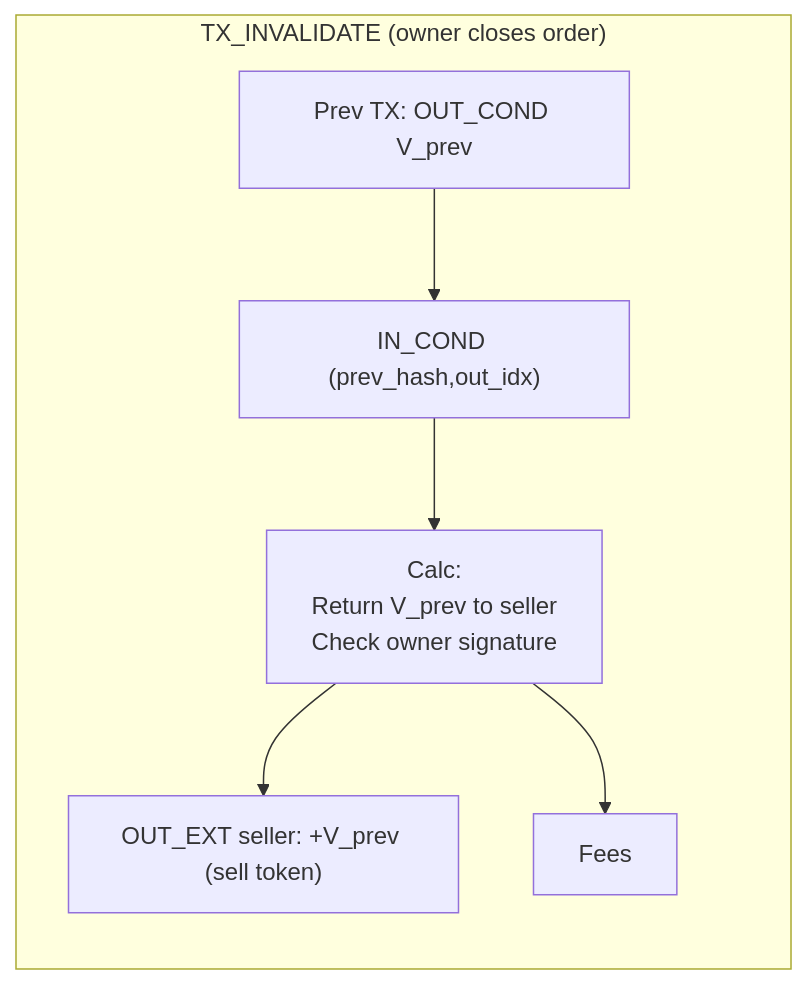
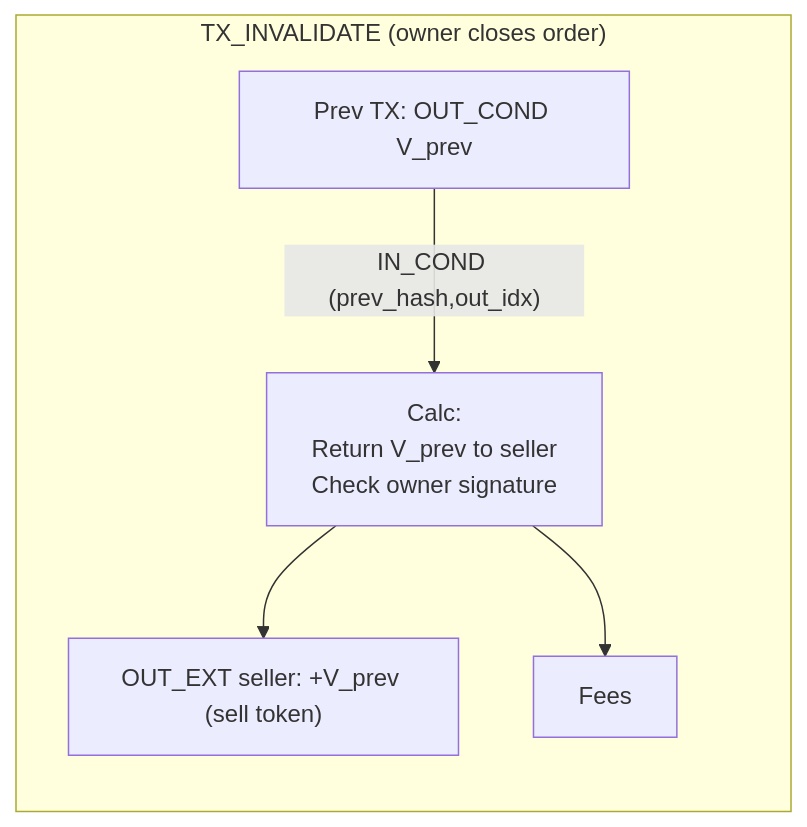
Before and after one commit to demlabs-cellframe/cellframe-sdk: the eighth of 8 diagrams in modules/service/dex/docs/11_DIAGRAMS.md, drawn with Mermaid. The commit also changed other lines of this file, not shown here.

````diff
--- a/modules/service/dex/docs/11_DIAGRAMS.md
+++ b/modules/service/dex/docs/11_DIAGRAMS.md
@@ -258,16 +231,14 @@
 ```mermaid
 flowchart LR
 
 subgraph INVALIDATE["TX_INVALIDATE (owner closes order)"]
   direction TB
   PREV["Prev TX: OUT_COND V_prev"]
-  IN0["IN_COND (prev_hash,out_idx)"]
   CALC["Calc:<br/>Return V_prev to seller<br/>Check owner signature"]
   OUT_BACK["OUT_EXT seller: +V_prev (sell token)"]
   FEES["Fees"]
-  PREV --> IN0
-  IN0 --> CALC
+  PREV -- "IN_COND (prev_hash,out_idx)" --> CALC
   CALC --> OUT_BACK
   CALC --> FEES
 end
 ```
````
